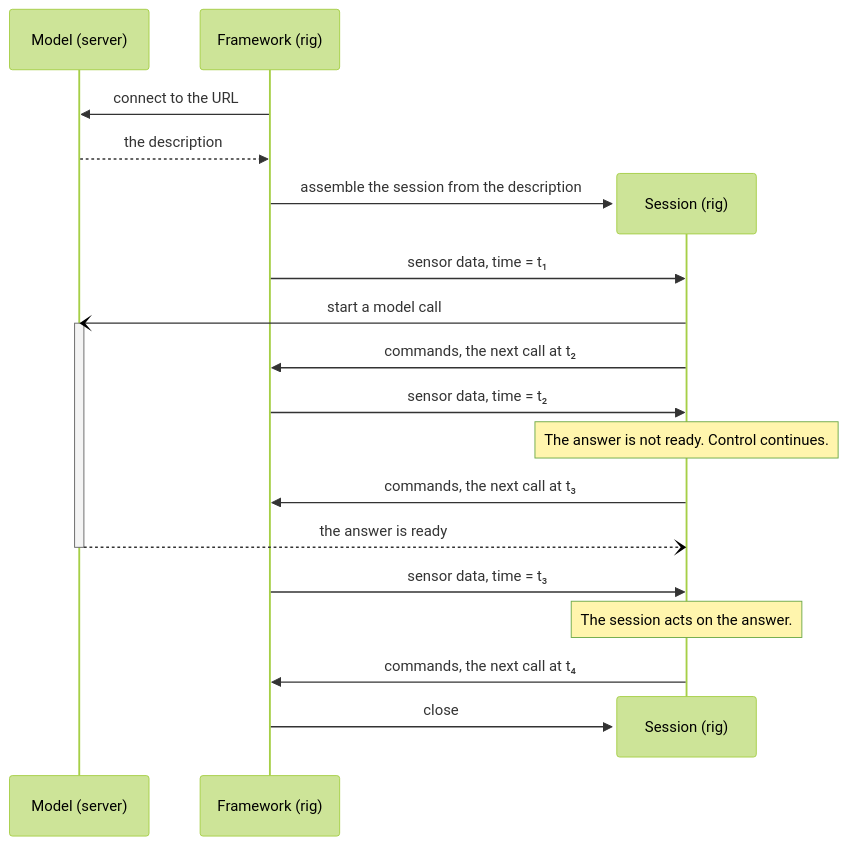
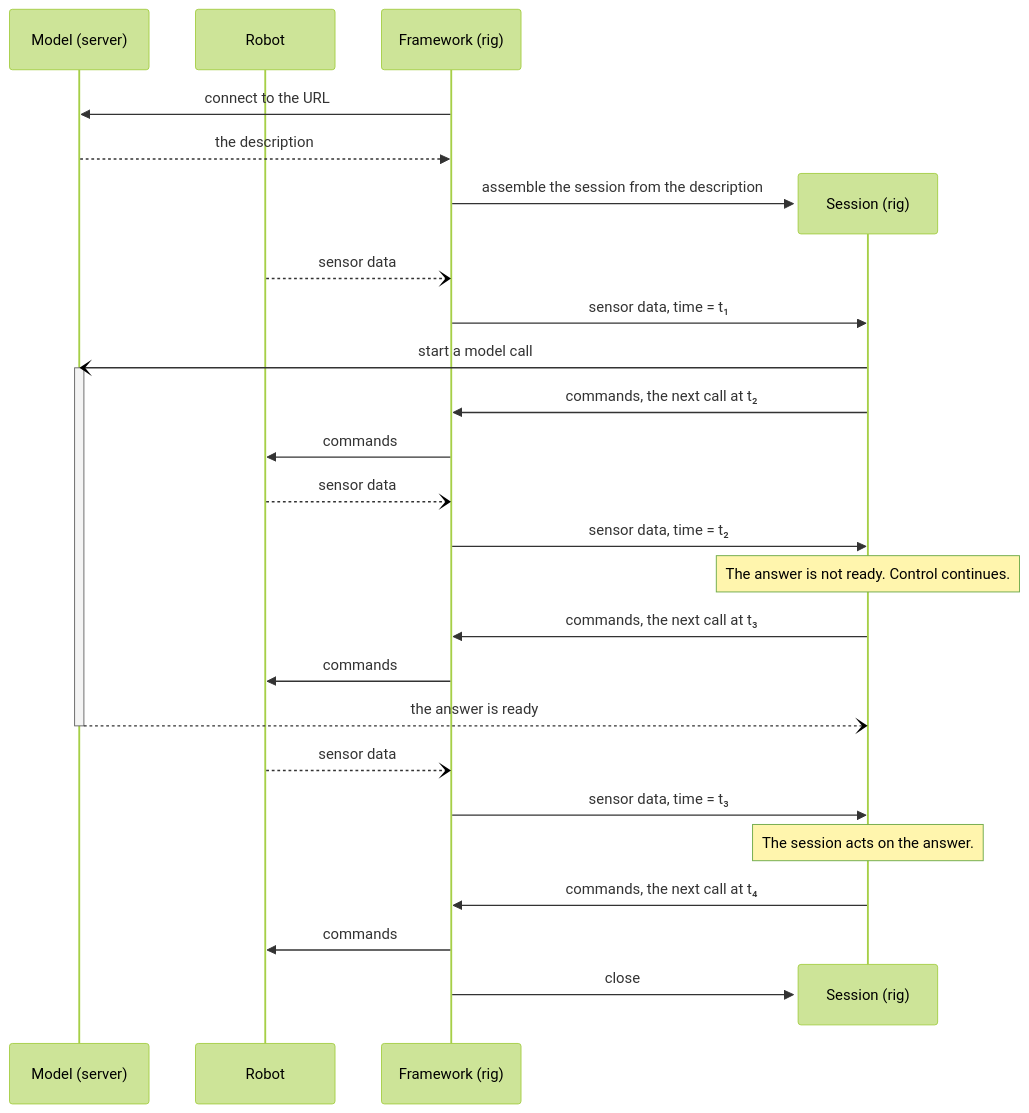
One commit to Positronic-Robotics/positronic changed the first of 2 diagrams in positronic/policy/DESIGN.md. Above: the diagram before and after it, drawn with Mermaid (forest theme).

Commit message:
Add the robot column and group the rig columns

````diff
--- a/positronic/policy/DESIGN.md
+++ b/positronic/policy/DESIGN.md
@@ -137,23 +137,30 @@
 ```mermaid
 sequenceDiagram
     participant M as Model (server)
+    participant R as Robot
     participant F as Framework (rig)
     F->>M: connect to the URL
     M-->>F: the description
     create participant S as Session (rig)
     F->>S: assemble the session from the description
+    R--)F: sensor data
     F->>S: sensor data, time = t₁
     S-)M: start a model call
     activate M
     S->>F: commands, the next call at t₂
+    F->>R: commands
+    R--)F: sensor data
     F->>S: sensor data, time = t₂
     Note over S: The answer is not ready. Control continues.
     S->>F: commands, the next call at t₃
+    F->>R: commands
     M--)S: the answer is ready
     deactivate M
+    R--)F: sensor data
     F->>S: sensor data, time = t₃
     Note over S: The session acts on the answer.
     S->>F: commands, the next call at t₄
+    F->>R: commands
     destroy S
     F->>S: close
 ```
````
